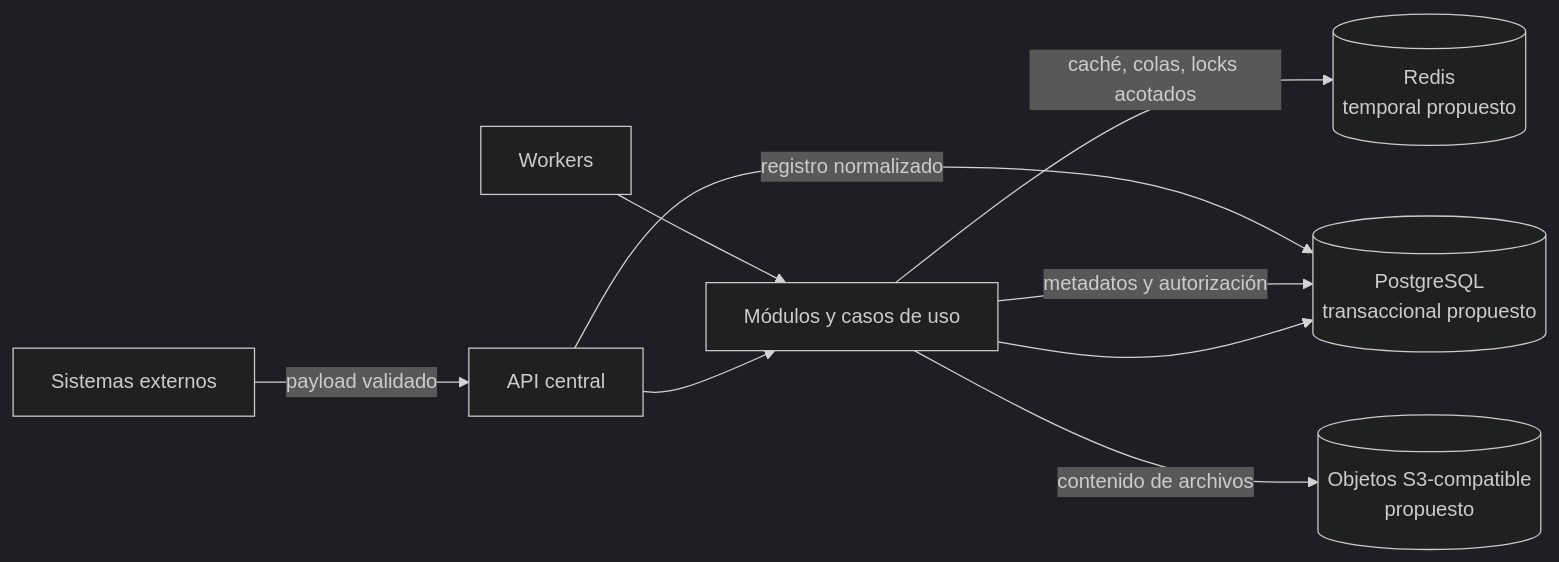
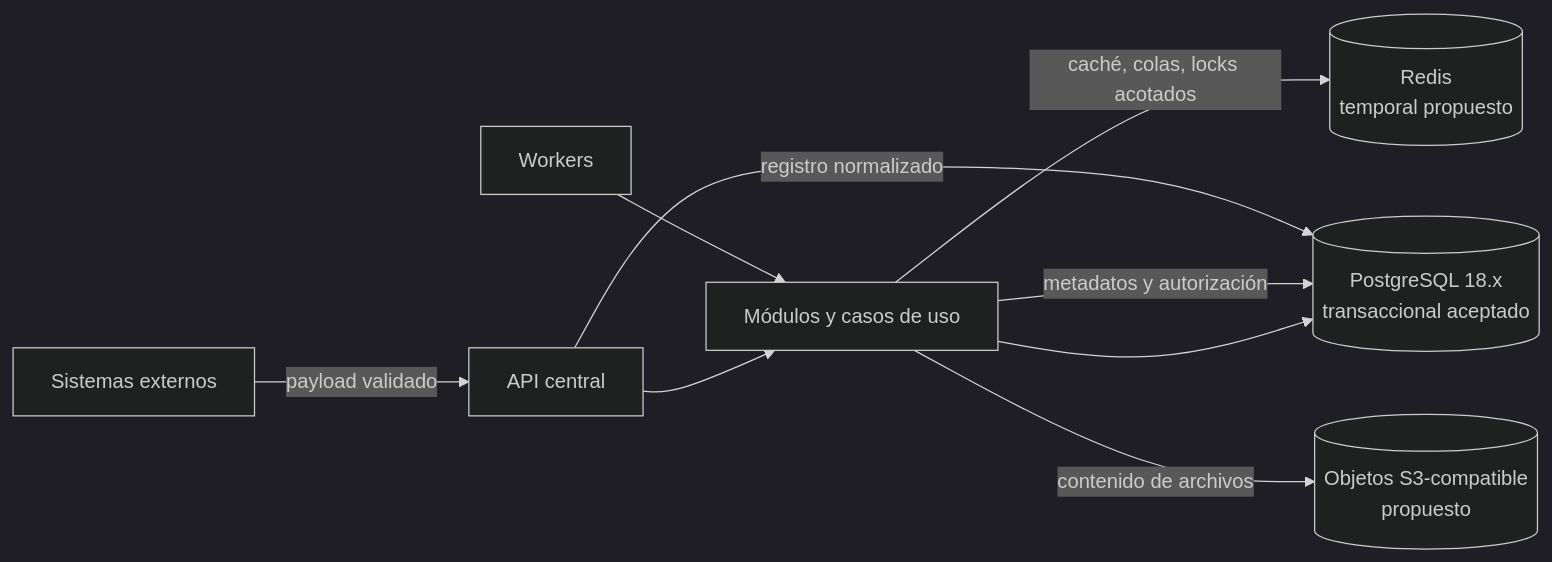
Before and after one commit to luisgtzaviles/SrTaller-2.0: the diagram in docs/architecture/DATA_ARCHITECTURE.md, drawn with Mermaid (dark theme). The commit also changed other lines of this file and 54 other files, not shown here.

Commit message:
docs: accept PostgreSQL persistence baseline

````diff
--- a/docs/architecture/DATA_ARCHITECTURE.md
+++ b/docs/architecture/DATA_ARCHITECTURE.md
@@ -54,19 +54,19 @@
 ```mermaid
 flowchart LR
     API[API central]
     Worker[Workers]
     Domain[Módulos y casos de uso]
-    PG[(PostgreSQL\ntransaccional propuesto)]
+    PG[(PostgreSQL 18.x\ntransaccional aceptado)]
     Redis[(Redis\ntemporal propuesto)]
     S3[(Objetos S3-compatible\npropuesto)]
     External[Sistemas externos]
 
     API --> Domain
     Worker --> Domain
     Domain --> PG
     Domain -->|caché, colas, locks acotados| Redis
     Domain -->|metadatos y autorización| PG
     Domain -->|contenido de archivos| S3
     External -->|payload validado| API
     API -->|registro normalizado| PG
 ```
````
